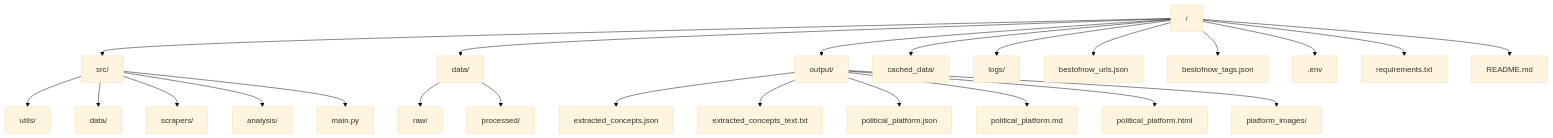
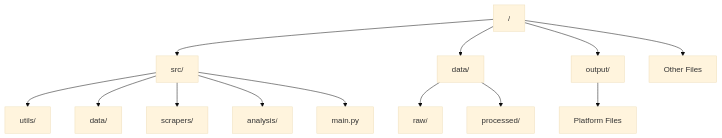
Before and after one commit to docxology/links: the first of 10 diagrams in diagram.md, drawn with Mermaid (base theme). The commit also changed other lines of this file and 35 other files, not shown here.

````diff
--- a/diagram.md
+++ b/diagram.md
@@ -5,29 +5,18 @@
 ```mermaid
 graph TD
     root["/"] --> src["src/"]
     root --> data["data/"]
     root --> output["output/"]
-    root --> cached["cached_data/"]
-    root --> logs["logs/"]
-    root --> files1["bestofnow_urls.json"]
-    root --> files2["bestofnow_tags.json"]
-    root --> env[".env"]
-    root --> req["requirements.txt"]
-    root --> readme["README.md"]
+    root --> others["Other Files"]
     
     src --> utils["utils/"]
     src --> data_proc["data/"]
     src --> scrapers["scrapers/"]
     src --> analysis["analysis/"]
     src --> main["main.py"]
     
     data --> raw["raw/"]
     data --> processed["processed/"]
     
-    output --> ec["extracted_concepts.json"]
-    output --> ect["extracted_concepts_text.txt"]
-    output --> ppj["political_platform.json"]
-    output --> ppmd["political_platform.md"]
-    output --> pphtml["political_platform.html"]
-    output --> images["platform_images/"]
+    output --> files["Platform Files"]
 ```
````
